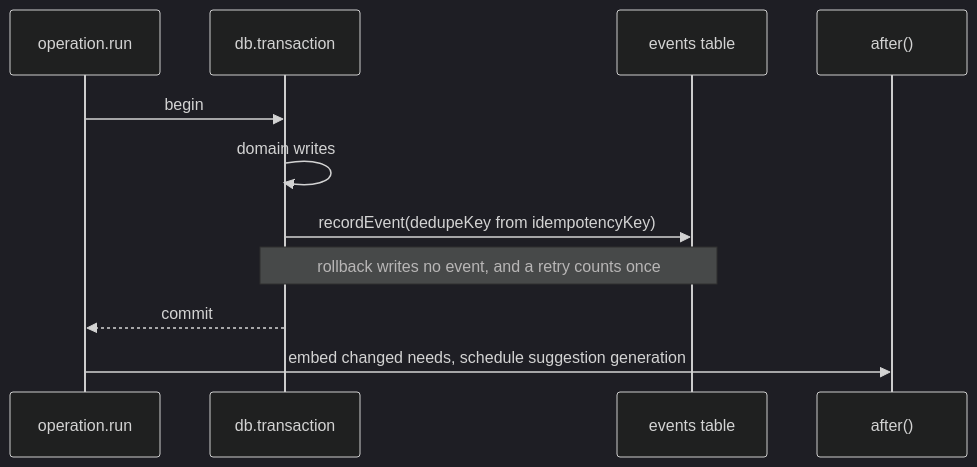
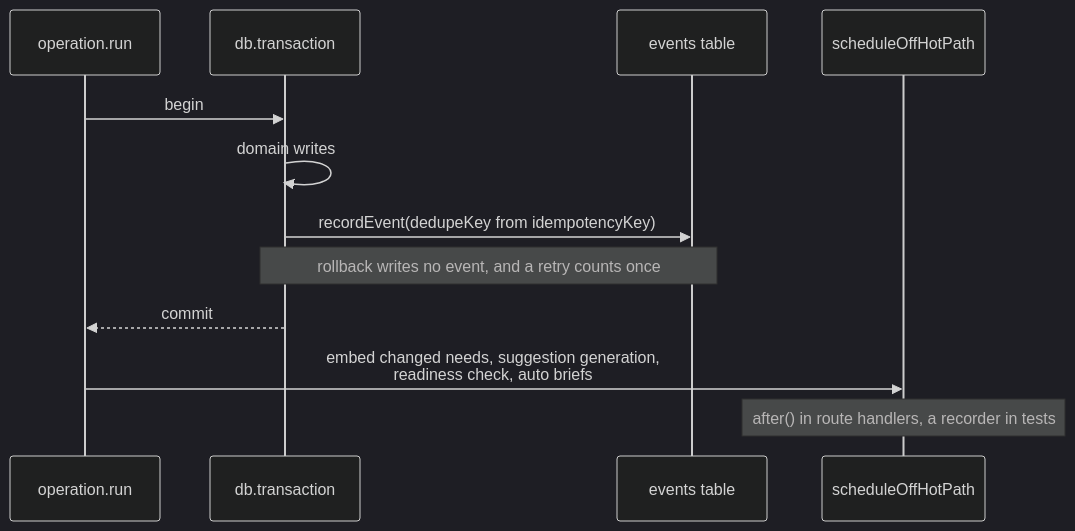
Before and after one commit to gaboesquivel/flow-signal: the third of 5 diagrams in docs/harness/runtime.md, drawn with Mermaid (dark theme). The commit also changed other lines of this file and 7 other files, not shown here.

First line of the commit message:
docs(harness): refresh diagrams for specs 006, 007, and 010 (#12)

````diff
--- a/docs/harness/runtime.md
+++ b/docs/harness/runtime.md
@@ -71,13 +80,14 @@
 ```mermaid
 sequenceDiagram
   participant Op as operation.run
   participant Tx as db.transaction
   participant Ev as events table
-  participant After as after()
+  participant Sch as scheduleOffHotPath
   Op->>Tx: begin
   Tx->>Tx: domain writes
   Tx->>Ev: recordEvent(dedupeKey from idempotencyKey)
   Note over Tx,Ev: rollback writes no event, and a retry counts once
   Tx-->>Op: commit
-  Op->>After: embed changed needs, schedule suggestion generation
+  Op->>Sch: embed changed needs, suggestion generation,<br/>readiness check, auto briefs
+  Note over Sch: after() in route handlers, a recorder in tests
 ```
````
